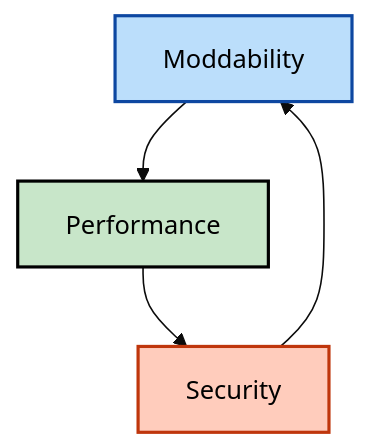
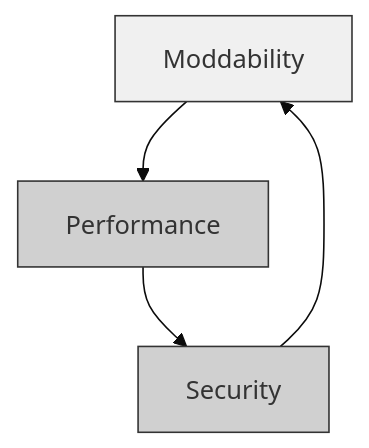
Before and after one commit to jukofyork/close-combat-architecture-study: the ninth of 10 diagrams in chapter_07_moddability.md, drawn with Mermaid (base theme). The commit also changed other lines of this file and 15 other files, not shown here.

````diff
--- a/chapter_07_moddability.md
+++ b/chapter_07_moddability.md
@@ -1271,14 +1323,15 @@
 ```mermaid
 flowchart TD
-    A[Moddability] --> B[Performance]
-    B --> C[Security]
+    A["Moddability"] --> B["Performance"]
+    B --> C["Security"]
     C --> A
     
-    classDef modStyle fill:#bbdefb,stroke:#0d47a1,stroke-width:2px,color:#000
-    classDef perfStyle fill:#c8e6c9,stroke:#000,stroke-width:2px,color:#000
-    classDef secStyle fill:#ffccbc,stroke:#bf360c,stroke-width:2px,color:#000
+    classDef default fill:#fff,stroke:#000,stroke-width:1px
+    classDef light fill:#f0f0f0,stroke:#333,stroke-width:1px
+    classDef medium fill:#d0d0d0,stroke:#333,stroke-width:1px
+    classDef dark fill:#b0b0b0,stroke:#000,stroke-width:2px
     
-    class A modStyle
-    class B perfStyle
-    class C secStyle
+    class A light
+    class B medium
+    class C medium
 ```
````
